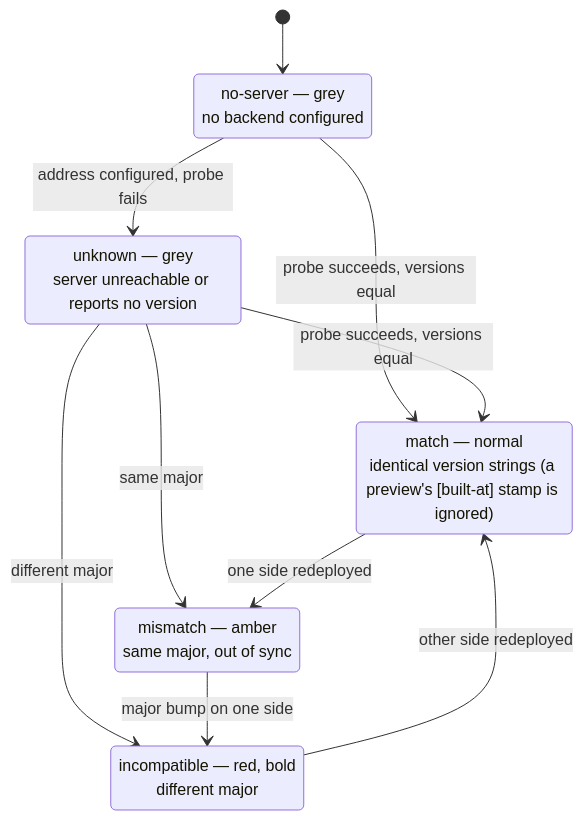
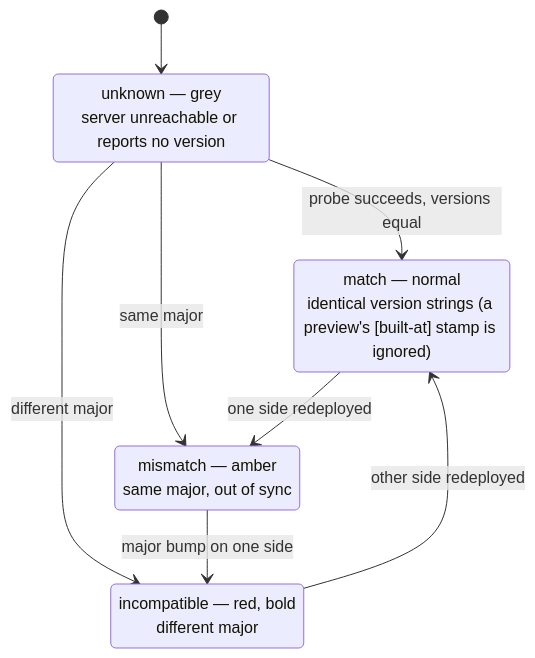
The second of 2 diagrams in docs/hosting.md (ValentinHerrmann/Examance), drawn with Mermaid before and after one commit. The commit also changed other lines of this file and 78 other files, not shown here.

````diff
--- a/docs/hosting.md
+++ b/docs/hosting.md
@@ -55,18 +54,15 @@
 ```mermaid
 stateDiagram-v2
-    [*] --> NoServer
-    NoServer: no-server — grey<br/>no backend configured
+    [*] --> Unknown
     Unknown: unknown — grey<br/>server unreachable or reports no version
     Match: match — normal<br/>identical version strings (a preview's [built-at] stamp is ignored)
     Mismatch: mismatch — amber<br/>same major, out of sync
     Incompatible: incompatible — red, bold<br/>different major
 
-    NoServer --> Unknown: address configured, probe fails
-    NoServer --> Match: probe succeeds, versions equal
     Unknown --> Match: probe succeeds, versions equal
     Unknown --> Mismatch: same major
     Unknown --> Incompatible: different major
     Match --> Mismatch: one side redeployed
     Mismatch --> Incompatible: major bump on one side
     Incompatible --> Match: other side redeployed
 ```
````
